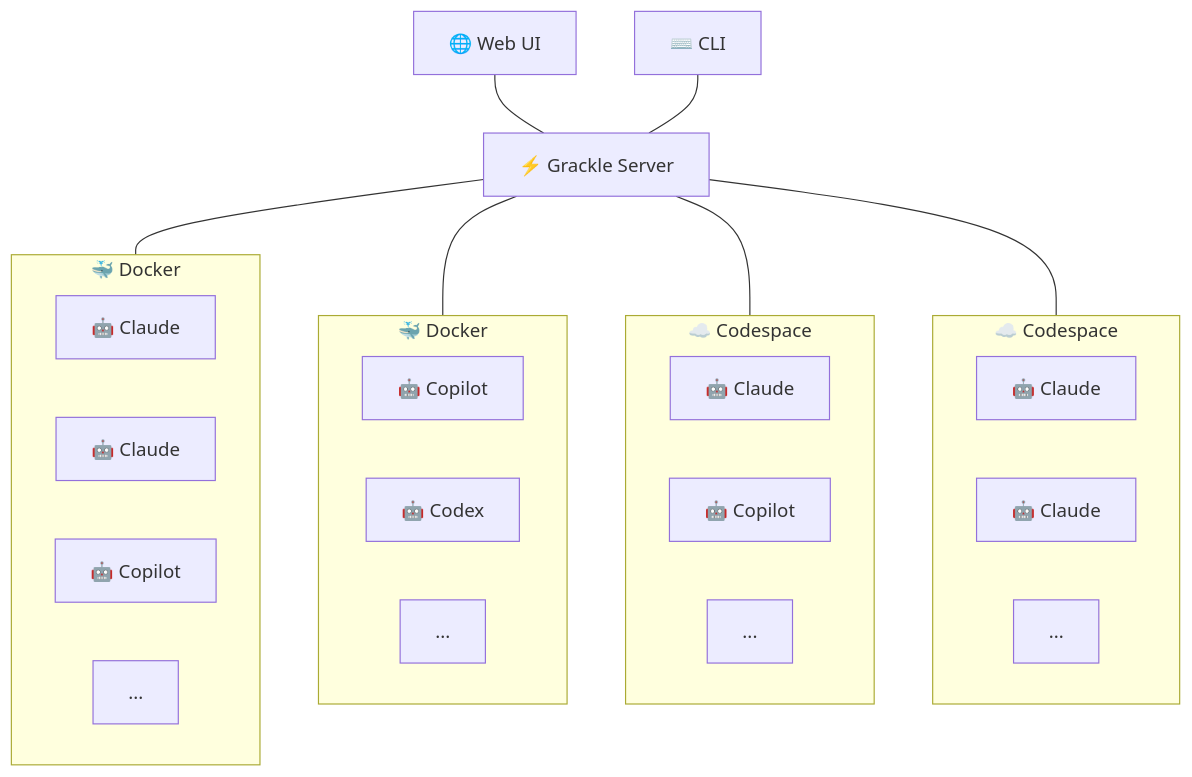
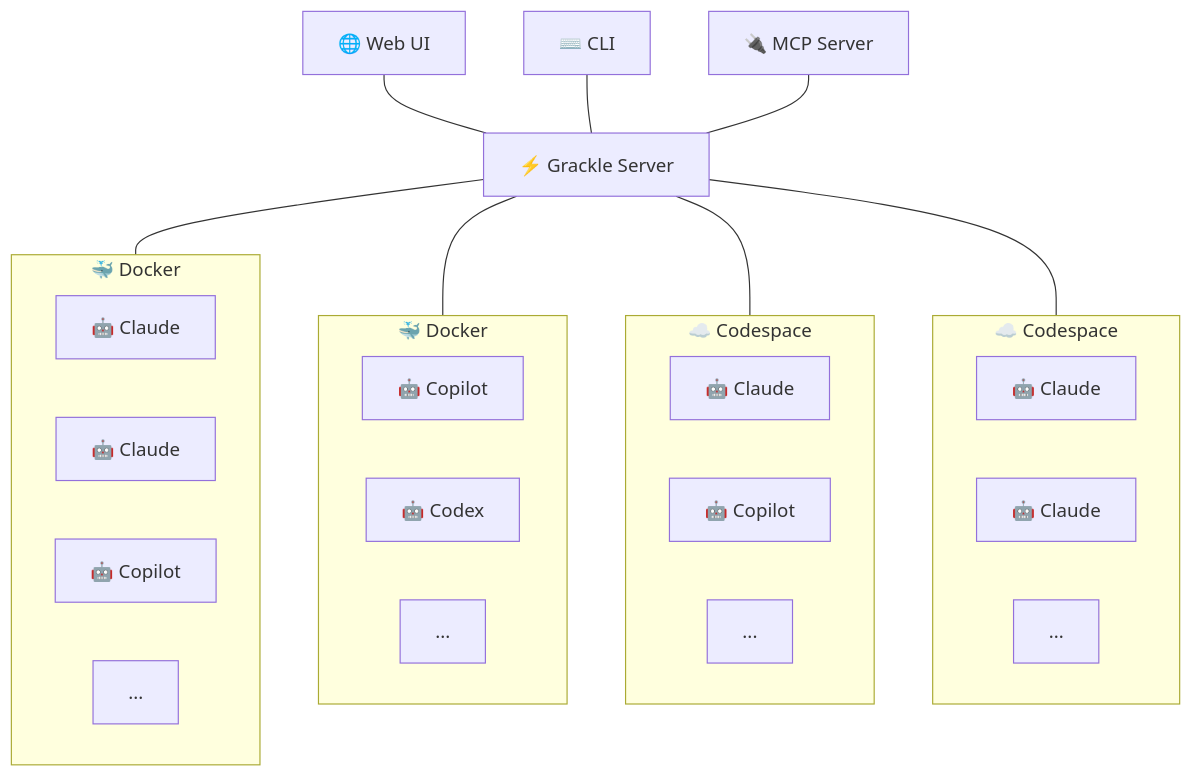
One commit to nick-pape/grackle changed the fifth of 5 diagrams in README.md. Above: the diagram before and after it, drawn with Mermaid. The commit also changed other lines of this file, not shown here.

````diff
--- a/README.md
+++ b/README.md
@@ -94,24 +102,25 @@
 ```mermaid
 graph TD
     UI["🌐 Web UI"]
     CLI["⌨️ CLI"]
-    UI & CLI --- S["⚡ Grackle Server"]
+    MCP["🔌 MCP Server"]
+    UI & CLI & MCP --- S["⚡ Grackle Server"]
 
     subgraph D1["🐳 Docker"]
         D1A["🤖 Claude"] & D1B["🤖 Claude"] & D1C["🤖 Copilot"] & D1D["..."]
     end
 
     subgraph D2["🐳 Docker"]
         D2A["🤖 Copilot"] & D2B["🤖 Codex"] & D2C["..."]
     end
 
     subgraph CS1["☁️ Codespace"]
         CS1A["🤖 Claude"] & CS1B["🤖 Copilot"] & CS1C["..."]
     end
 
     subgraph CS2["☁️ Codespace"]
         CS2A["🤖 Claude"] & CS2B["🤖 Claude"] & CS2C["..."]
     end
 
     S --- D1 & D2 & CS1 & CS2
 ```
````
